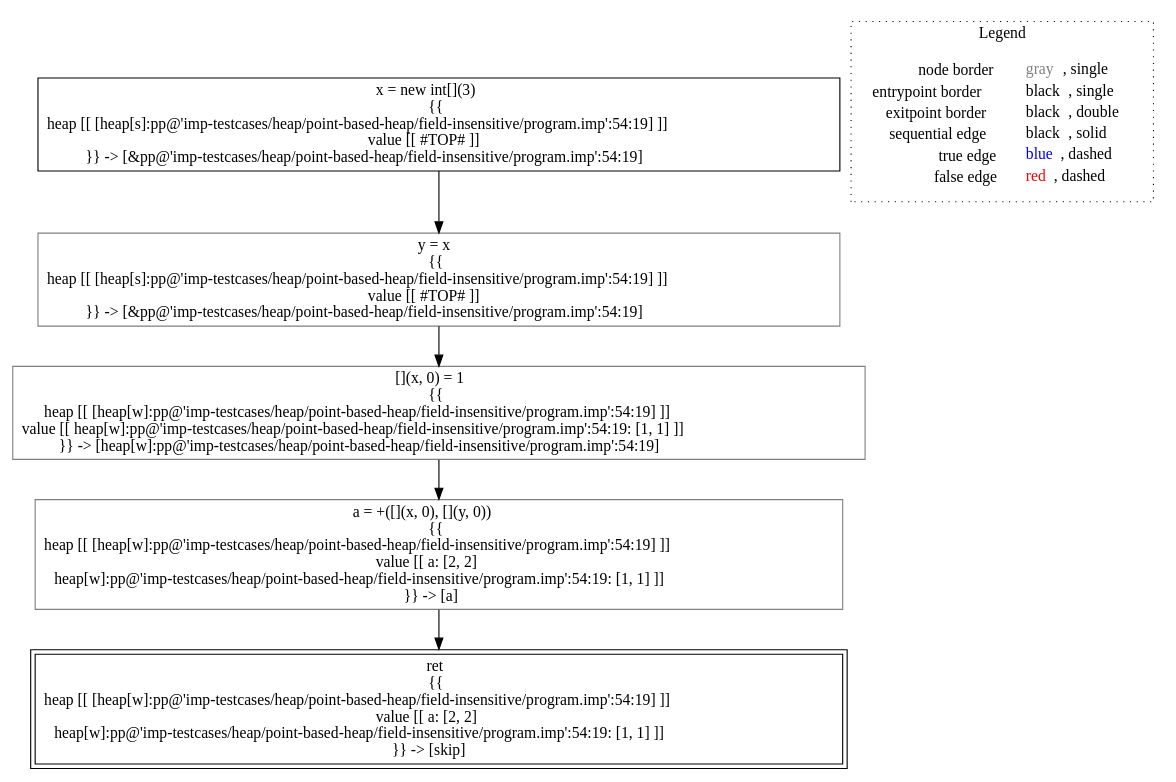
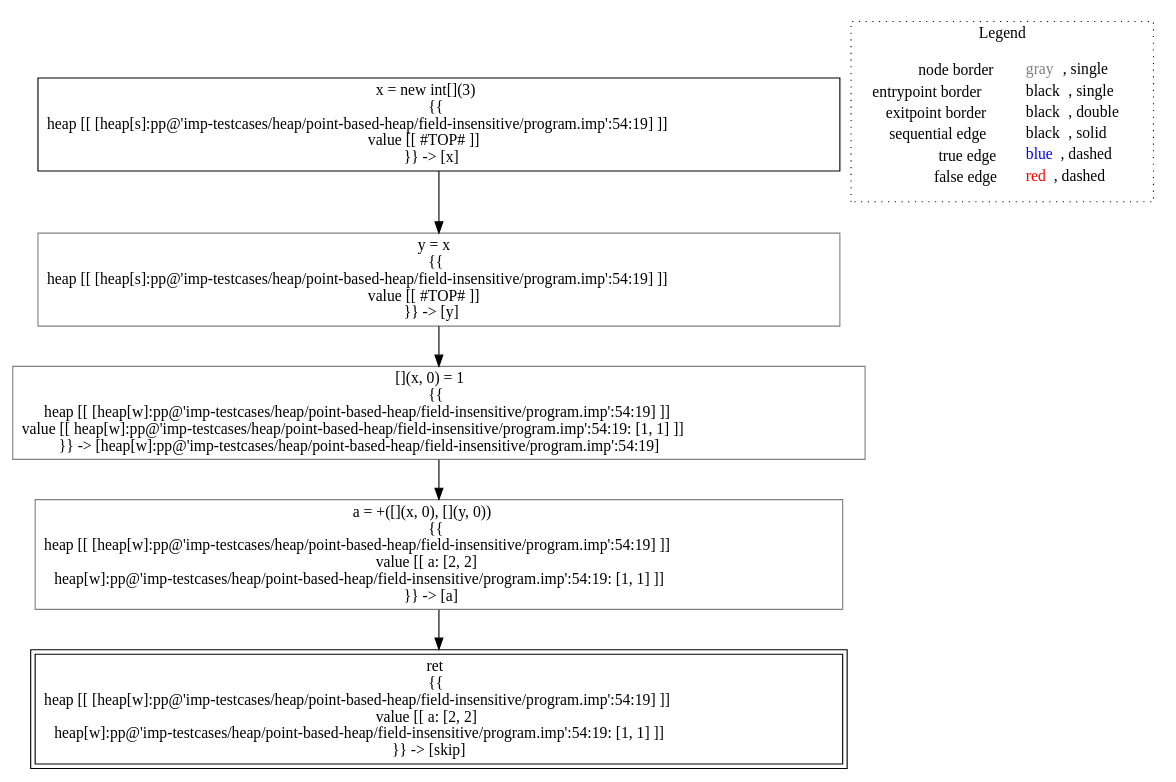
One commit to lisa-analyzer/lisa changed the diagram in lisa/imp-testcases/heap/point-based-heap/field-insensitive/analysis___untyped_A.f6(A_this).dot. Above: the diagram before and after it, drawn with Graphviz. The commit also changed 33 other files, not shown here.

Commit message:
#95 refactored new heap symbolic expressions, removed rewriting in analysis state small step semantics and assign methods, point based heap tests

```diff
--- a/lisa/imp-testcases/heap/point-based-heap/field-insensitive/analysis___untyped_A.f6(A_this).dot
+++ b/lisa/imp-testcases/heap/point-based-heap/field-insensitive/analysis___untyped_A.f6(A_this).dot
@@ -1,18 +1,18 @@
 digraph {
-	"node0" [shape="rect",color="black",label=<x = new int[](3)<BR/>{{<BR/>heap [[ [heap[s]:pp@'imp-testcases/heap/point-based-heap/field-insensitive/program.imp':54:19] ]]<BR/>value [[ #TOP# ]]<BR/>}} -&gt; [&amp;pp@'imp-testcases/heap/point-based-heap/field-insensitive/program.imp':54:19]>];
-	"node1" [shape="rect",color="gray",label=<[](x, 0) = 1<BR/>{{<BR/>heap [[ [heap[w]:pp@'imp-testcases/heap/point-based-heap/field-insensitive/program.imp':54:19] ]]<BR/>value [[ heap[w]:pp@'imp-testcases/heap/point-based-heap/field-insensitive/program.imp':54:19: [1, 1] ]]<BR/>}} -&gt; [heap[w]:pp@'imp-testcases/heap/point-based-heap/field-insensitive/program.imp':54:19]>];
-	"node2" [shape="rect",color="gray",label=<a = +([](x, 0), [](y, 0))<BR/>{{<BR/>heap [[ [heap[w]:pp@'imp-testcases/heap/point-based-heap/field-insensitive/program.imp':54:19] ]]<BR/>value [[ a: [2, 2]<BR/>heap[w]:pp@'imp-testcases/heap/point-based-heap/field-insensitive/program.imp':54:19: [1, 1] ]]<BR/>}} -&gt; [a]>];
+	"node0" [shape="rect",color="black",label=<x = new int[](3)<BR/>{{<BR/>heap [[ [heap[s]:pp@'imp-testcases/heap/point-based-heap/field-insensitive/program.imp':54:19] ]]<BR/>value [[ #TOP# ]]<BR/>}} -&gt; [x]>];
+	"node1" [shape="rect",color="gray",label=<a = +([](x, 0), [](y, 0))<BR/>{{<BR/>heap [[ [heap[w]:pp@'imp-testcases/heap/point-based-heap/field-insensitive/program.imp':54:19] ]]<BR/>value [[ a: [2, 2]<BR/>heap[w]:pp@'imp-testcases/heap/point-based-heap/field-insensitive/program.imp':54:19: [1, 1] ]]<BR/>}} -&gt; [a]>];
+	"node2" [shape="rect",color="gray",label=<[](x, 0) = 1<BR/>{{<BR/>heap [[ [heap[w]:pp@'imp-testcases/heap/point-based-heap/field-insensitive/program.imp':54:19] ]]<BR/>value [[ heap[w]:pp@'imp-testcases/heap/point-based-heap/field-insensitive/program.imp':54:19: [1, 1] ]]<BR/>}} -&gt; [heap[w]:pp@'imp-testcases/heap/point-based-heap/field-insensitive/program.imp':54:19]>];
 	"node3" [shape="rect",color="black",peripheries="2",label=<ret<BR/>{{<BR/>heap [[ [heap[w]:pp@'imp-testcases/heap/point-based-heap/field-insensitive/program.imp':54:19] ]]<BR/>value [[ a: [2, 2]<BR/>heap[w]:pp@'imp-testcases/heap/point-based-heap/field-insensitive/program.imp':54:19: [1, 1] ]]<BR/>}} -&gt; [skip]>];
-	"node4" [shape="rect",color="gray",label=<y = x<BR/>{{<BR/>heap [[ [heap[s]:pp@'imp-testcases/heap/point-based-heap/field-insensitive/program.imp':54:19] ]]<BR/>value [[ #TOP# ]]<BR/>}} -&gt; [&amp;pp@'imp-testcases/heap/point-based-heap/field-insensitive/program.imp':54:19]>];
+	"node4" [shape="rect",color="gray",label=<y = x<BR/>{{<BR/>heap [[ [heap[s]:pp@'imp-testcases/heap/point-based-heap/field-insensitive/program.imp':54:19] ]]<BR/>value [[ #TOP# ]]<BR/>}} -&gt; [y]>];
+	"node1" -> "node3" [color="black"];
+	"node2" -> "node1" [color="black"];
 	"node0" -> "node4" [color="black"];
-	"node1" -> "node2" [color="black"];
-	"node2" -> "node3" [color="black"];
-	"node4" -> "node1" [color="black"];
+	"node4" -> "node2" [color="black"];
 subgraph cluster_legend {
 	label="Legend";
 	style=dotted;
 	node [shape=plaintext];
 	"legend" [label=<<table border="0" cellpadding="2" cellspacing="0" cellborder="0"><tr><td align="right">node border&nbsp;</td><td align="left"><font color="gray">gray</font>, single</td></tr><tr><td align="right">entrypoint border&nbsp;</td><td align="left"><font color="black">black</font>, single</td></tr><tr><td align="right">exitpoint border&nbsp;</td><td align="left"><font color="black">black</font>, double</td></tr><tr><td align="right">sequential edge&nbsp;</td><td align="left"><font color="black">black</font>, solid</td></tr><tr><td align="right">true edge&nbsp;</td><td align="left"><font color="blue">blue</font>, dashed</td></tr><tr><td align="right">false edge&nbsp;</td><td align="left"><font color="red">red</font>, dashed</td></tr></table>>];
 }
 
 }
```
